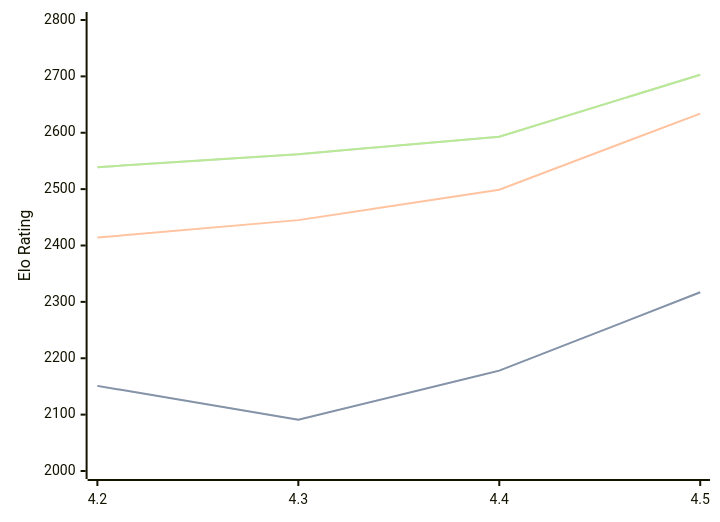
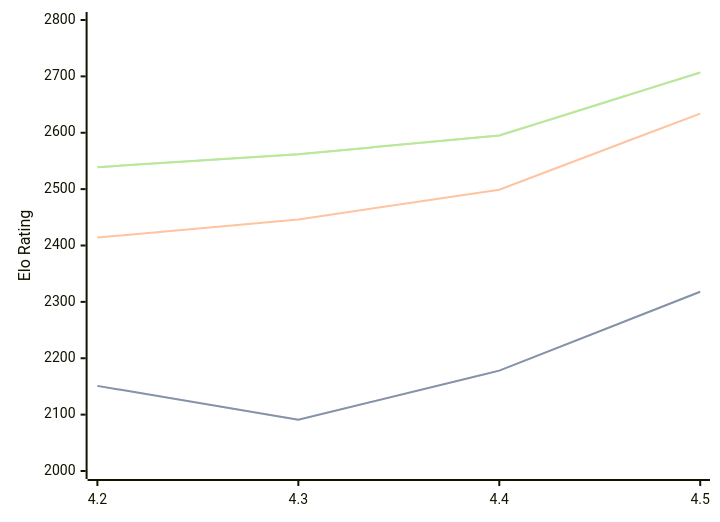
Before and after one commit to computer-chess-index/cci: the first of 3 diagrams in engines/Eubos.md, drawn with Mermaid. The commit also changed other lines of this file, not shown here.

Commit message:
Update CCI Ratings (ELO VLTC) - 2026-07-14

````diff
--- a/engines/Eubos.md
+++ b/engines/Eubos.md
@@ -90,11 +90,11 @@
 ```mermaid
 %%{init: {"theme":"base","themeVariables":{"seriesColors:['#a3a3a3','#222221','#faa371']}}}%%
 xychart-beta
   x-axis ["4.2", "4.3", "4.4", "4.5"]
   y-axis "Elo Rating" 2000 --> 2800
-  line "STC (8.0+0.08s)" [2151, 2091, 2178, 2317]
-  line "STC (8.0+0.08s)" [2151, 2091, 2178, 2317]
-  line "LTC (60.0+0.60s)" [2414, 2445, 2499, 2634]
-  line "VLTC (2m24s+1.12s)" [2539, 2562, 2593, 2703]
-  line "VLTC (2m24s+1.12s)" [2539, 2562, 2593, 2703]
+  line "STC (8.0+0.08s)" [2151, 2091, 2178, 2318]
+  line "STC (8.0+0.08s)" [2151, 2091, 2178, 2318]
+  line "LTC (60.0+0.60s)" [2414, 2446, 2499, 2634]
+  line "VLTC (2m24s+1.12s)" [2539, 2562, 2595, 2707]
+  line "VLTC (2m24s+1.12s)" [2539, 2562, 2595, 2707]
 ```
````
